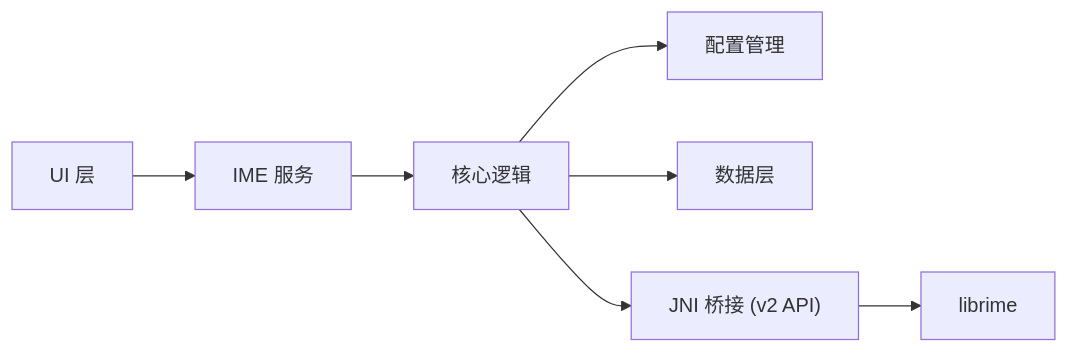
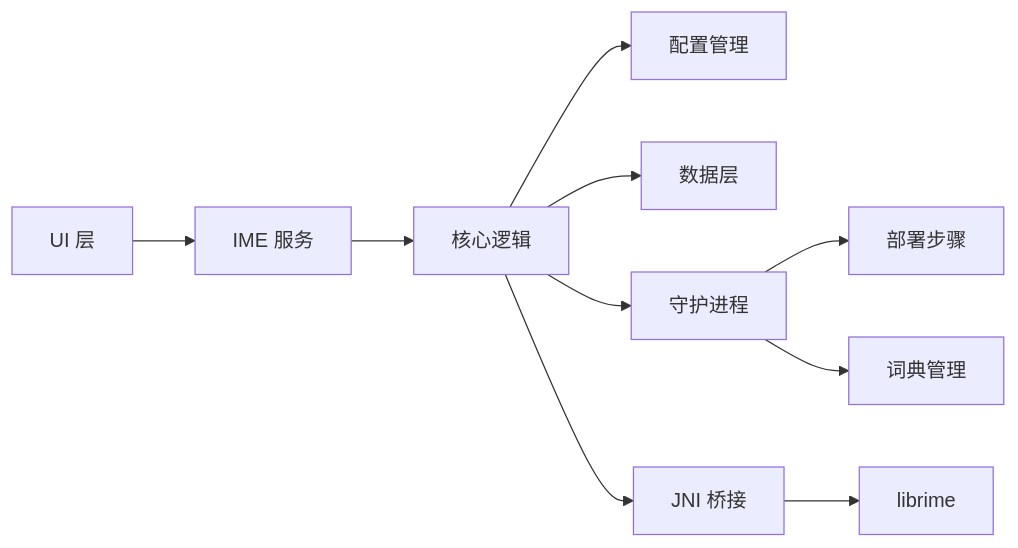
One commit to qiaodashaoye/ziyou-ime changed the tenth of 10 diagrams in .qoder/repowiki/zh/content/项目概览/架构概览.md. Above: the diagram before and after it, drawn with Mermaid. The commit also changed other lines of this file and 7 other files, not shown here.

````diff
--- a/.qoder/repowiki/zh/content/项目概览/架构概览.md
+++ b/.qoder/repowiki/zh/content/项目概览/架构概览.md
@@ -409,9 +445,12 @@
 ```mermaid
 graph LR
 UI["UI 层"] --> Service["IME 服务"]
 Service --> Core["核心逻辑"]
 Core --> Config["配置管理"]
 Core --> Data["数据层"]
-Core --> JNI["JNI 桥接 (v2 API)"]
+Core --> Daemon["守护进程"]
+Daemon --> Deploy["部署步骤"]
+Daemon --> Dict["词典管理"]
+Core --> JNI["JNI 桥接"]
 JNI --> Librime["librime"]
 ```
````
